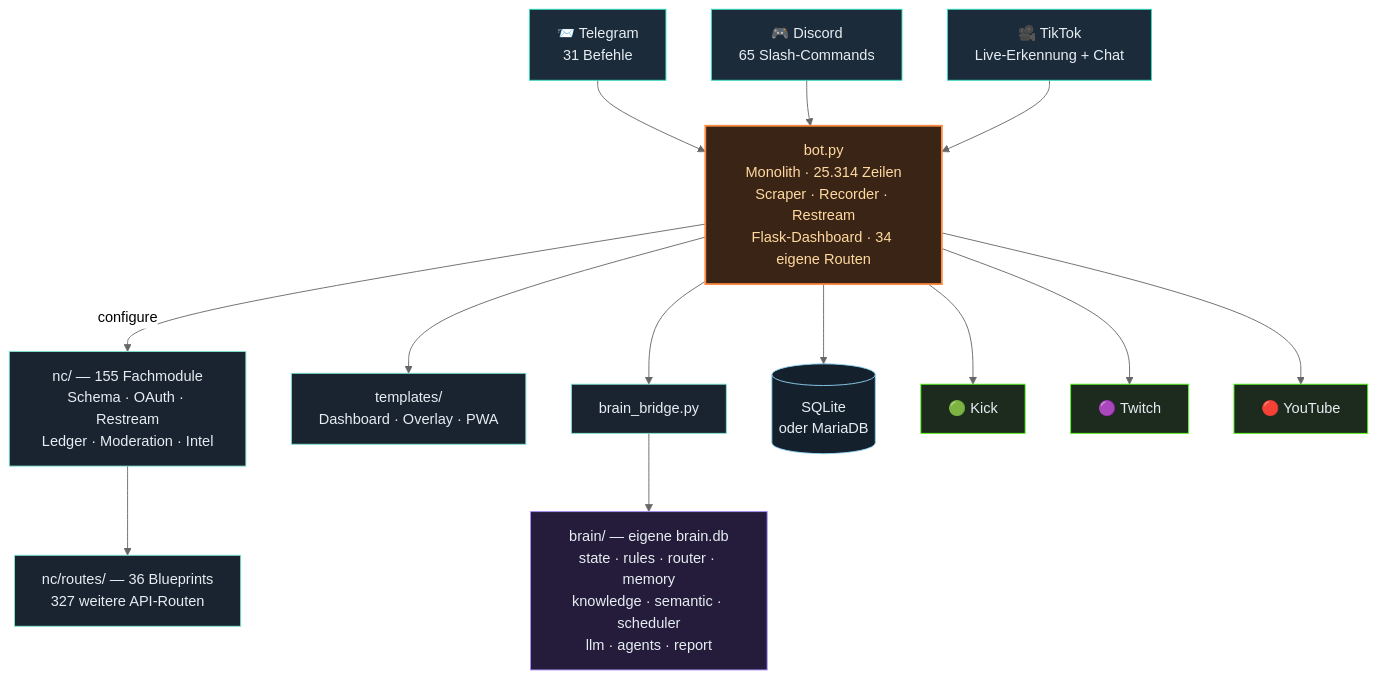
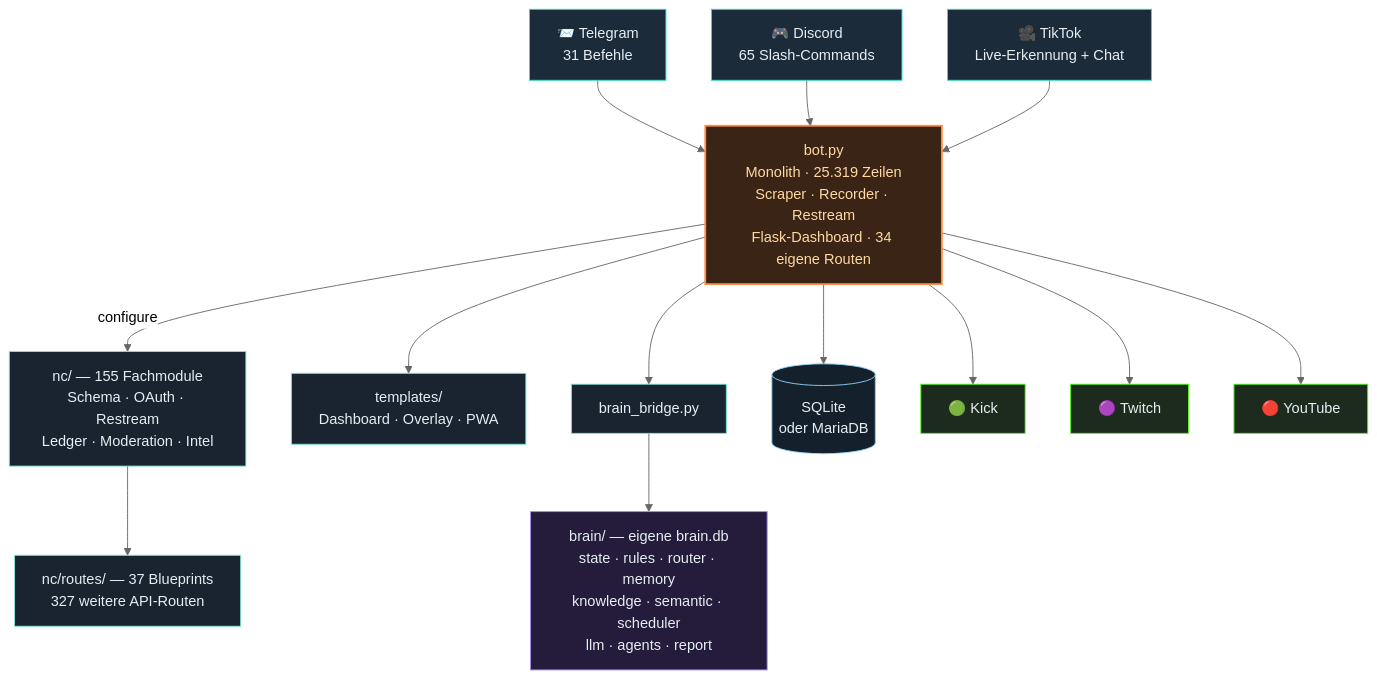
Before and after one commit to itsamemedev/Telegram-Stream-Info-Bot: the third of 4 diagrams in README.md, drawn with Mermaid (neutral theme). The commit also changed other lines of this file and 12 other files, not shown here.

````diff
--- a/README.md
+++ b/README.md
@@ -189,30 +189,30 @@
 ```mermaid
 flowchart TB
     TG["📨 Telegram<br/>31 Befehle"]:::ein
     DC["🎮 Discord<br/>65 Slash-Commands"]:::ein
     TT["🎥 TikTok<br/>Live-Erkennung + Chat"]:::ein
 
     TG --> BOT
     DC --> BOT
     TT --> BOT
 
-    BOT["bot.py<br/>Monolith · 25.314 Zeilen<br/>Scraper · Recorder · Restream<br/>Flask-Dashboard · 34 eigene Routen"]:::core
+    BOT["bot.py<br/>Monolith · 25.319 Zeilen<br/>Scraper · Recorder · Restream<br/>Flask-Dashboard · 34 eigene Routen"]:::core
 
     BOT -->|configure| NC["nc/ — 155 Fachmodule<br/>Schema · OAuth · Restream<br/>Ledger · Moderation · Intel"]:::lib
-    NC --> RT["nc/routes/ — 36 Blueprints<br/>327 weitere API-Routen"]:::lib
+    NC --> RT["nc/routes/ — 37 Blueprints<br/>327 weitere API-Routen"]:::lib
     BOT --> TPL["templates/<br/>Dashboard · Overlay · PWA"]:::lib
     BOT --> BR["brain_bridge.py"]:::lib
     BR --> BRAIN["brain/ — eigene brain.db<br/>state · rules · router · memory<br/>knowledge · semantic · scheduler<br/>llm · agents · report"]:::brain
     BOT --> DB[("SQLite<br/>oder MariaDB")]:::db
 
     BOT --> KICK["🟢 Kick"]:::out
     BOT --> TW["🟣 Twitch"]:::out
     BOT --> YT["🔴 YouTube"]:::out
 
     classDef ein fill:#1c2b3a,stroke:#2de1c2,color:#e6edf3
     classDef core fill:#3a2415,stroke:#ff8c42,stroke-width:2px,color:#ffd9a0
     classDef lib fill:#1a2430,stroke:#7fe7d4,color:#e6edf3
     classDef brain fill:#241c3a,stroke:#a78bfa,color:#e6edf3
     classDef db fill:#14202c,stroke:#8fd3f4,color:#e6edf3
     classDef out fill:#1c2b1e,stroke:#53fc18,color:#e6edf3
 ```
````
